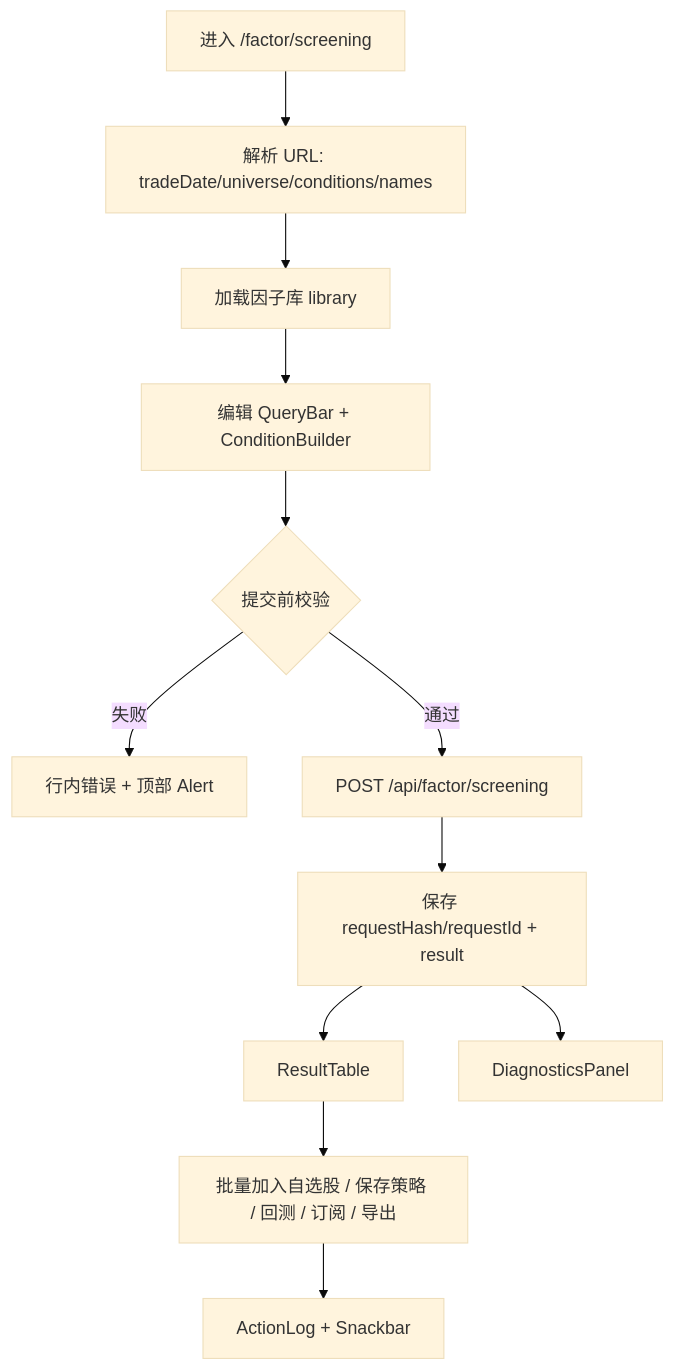
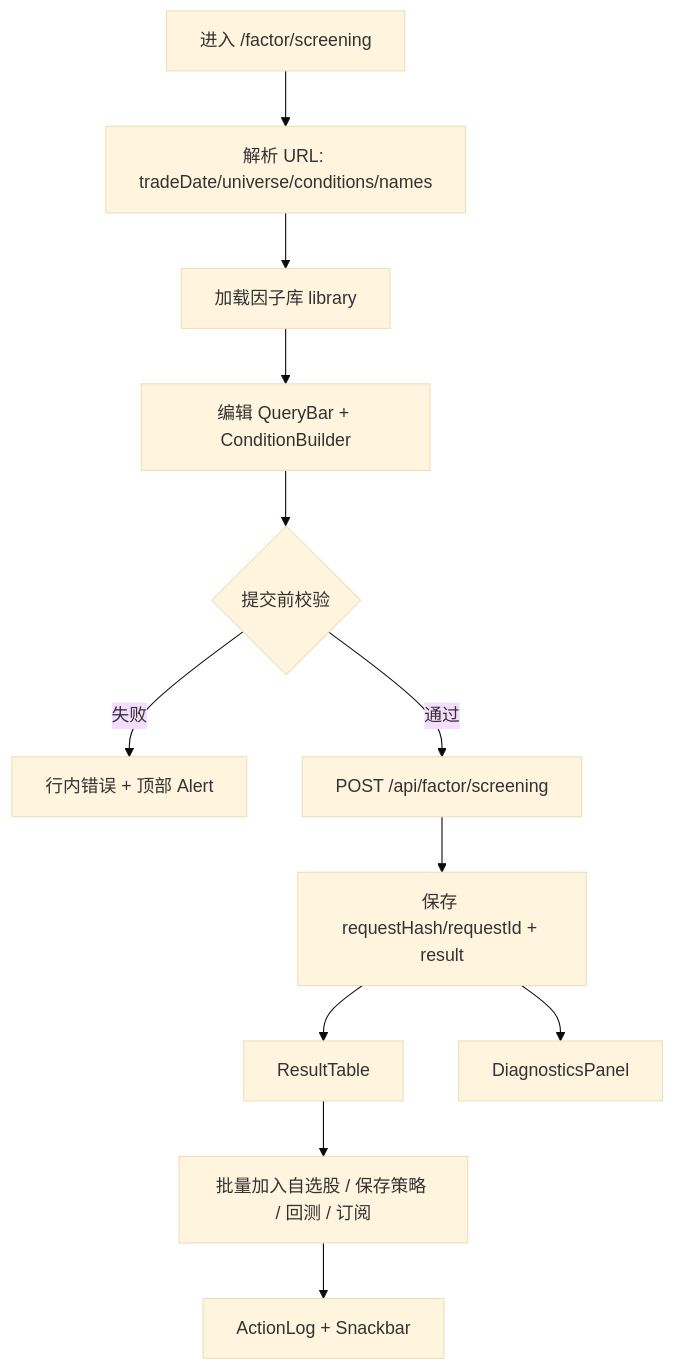
One commit to quant-code-cpx/client-code changed the diagram in docs/design/因子选股-重构-前端设计.md. Above: the diagram before and after it, drawn with Mermaid (base theme). The commit also changed other lines of this file and 84 other files, not shown here.

````diff
--- a/docs/design/因子选股-重构-前端设计.md
+++ b/docs/design/因子选股-重构-前端设计.md
@@ -258,14 +253,14 @@
 ```mermaid
 flowchart TD
   A[进入 /factor/screening] --> B[解析 URL: tradeDate/universe/conditions/names]
   B --> C[加载因子库 library]
   C --> D[编辑 QueryBar + ConditionBuilder]
   D --> E{提交前校验}
   E -- 失败 --> F[行内错误 + 顶部 Alert]
   E -- 通过 --> G[POST /api/factor/screening]
   G --> H[保存 requestHash/requestId + result]
   H --> I[ResultTable]
   H --> J[DiagnosticsPanel]
-  I --> K[批量加入自选股 / 保存策略 / 回测 / 订阅 / 导出]
+  I --> K[批量加入自选股 / 保存策略 / 回测 / 订阅]
   K --> L[ActionLog + Snackbar]
 ```
````
